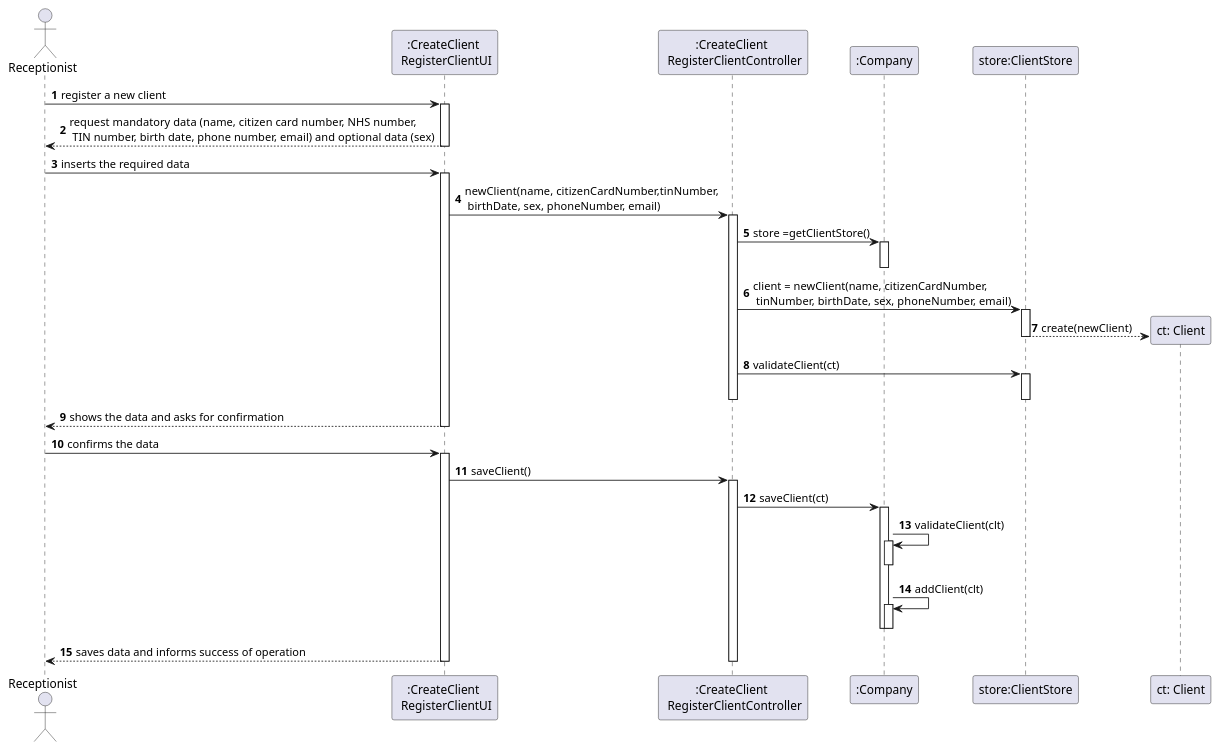
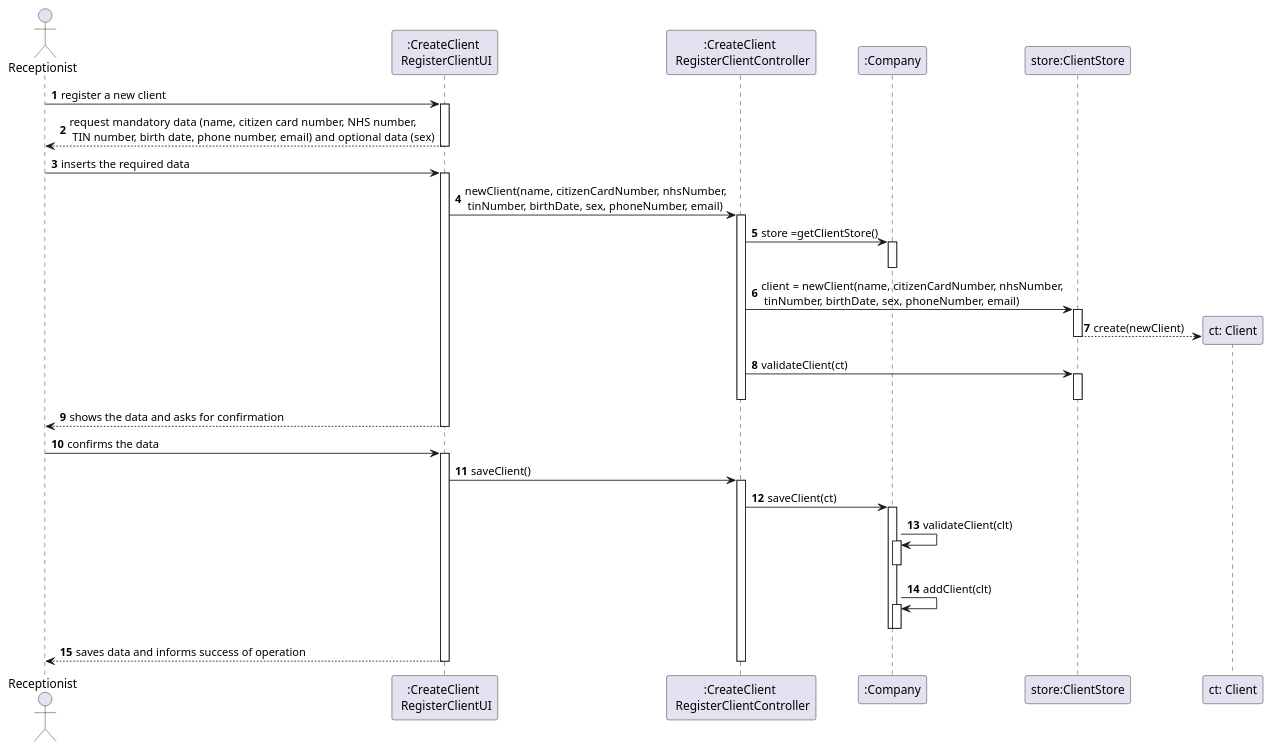
The diagram in docs/SprintB/US3/UC03_SD.puml (GuilhermeCunha79/lapr2), drawn with PlantUML before and after one commit. The commit also changed 4 other files, not shown here.

```diff
--- a/docs/SprintB/US3/UC03_SD.puml
+++ b/docs/SprintB/US3/UC03_SD.puml
@@ -1,68 +1,68 @@
 @startuml
 autonumber
 'hide footbox
 actor "Receptionist" as RECEP
 
 participant ":CreateClient \n RegisterClientUI" as UI
 participant ":CreateClient \n RegisterClientController" as CTRL
 participant ":Company" as C
 participant "store:ClientStore" as CS
 participant "ct: Client" as CL
 
 
 
 RECEP -> UI : register a new client
 activate UI
     UI --> RECEP : request mandatory data (name, citizen card number, NHS number,\n TIN number, birth date, phone number, email) and optional data (sex)
 deactivate UI
 
 RECEP -> UI : inserts the required data
 activate UI
-    UI -> CTRL : newClient(name, citizenCardNumber,tinNumber,\n birthDate, sex, phoneNumber, email)
+    UI -> CTRL : newClient(name, citizenCardNumber, nhsNumber,\n tinNumber, birthDate, sex, phoneNumber, email)
 
 activate CTRL
 
         CTRL -> C: store =getClientStore()
         activate C
         deactivate C
 
-        CTRL -> CS: client = newClient(name, citizenCardNumber,\n tinNumber, birthDate, sex, phoneNumber, email)
+        CTRL -> CS: client = newClient(name, citizenCardNumber, nhsNumber,\n tinNumber, birthDate, sex, phoneNumber, email)
 
         activate CS
         CS --> CL** : create(newClient)
         deactivate CS
 
         CTRL -> CS : validateClient(ct)
         activate CS
         deactivate CS
 
 
 
     deactivate CTRL
     UI --> RECEP : shows the data and asks for confirmation
 deactivate UI
 RECEP -> UI : confirms the data
 activate UI
 
     UI -> CTRL : saveClient()
 
 activate CTRL
     CTRL -> C : saveClient(ct)
 
 activate C
 
     C -> C : validateClient(clt)
     activate C
     deactivate C
     C -> C : addClient(clt)
     activate C
     deactivate C
     deactivate C
 
 
 UI --> RECEP : saves data and informs success of operation
 deactivate C
 deactivate UI
 deactivate CTRL
 
 @enduml
```
